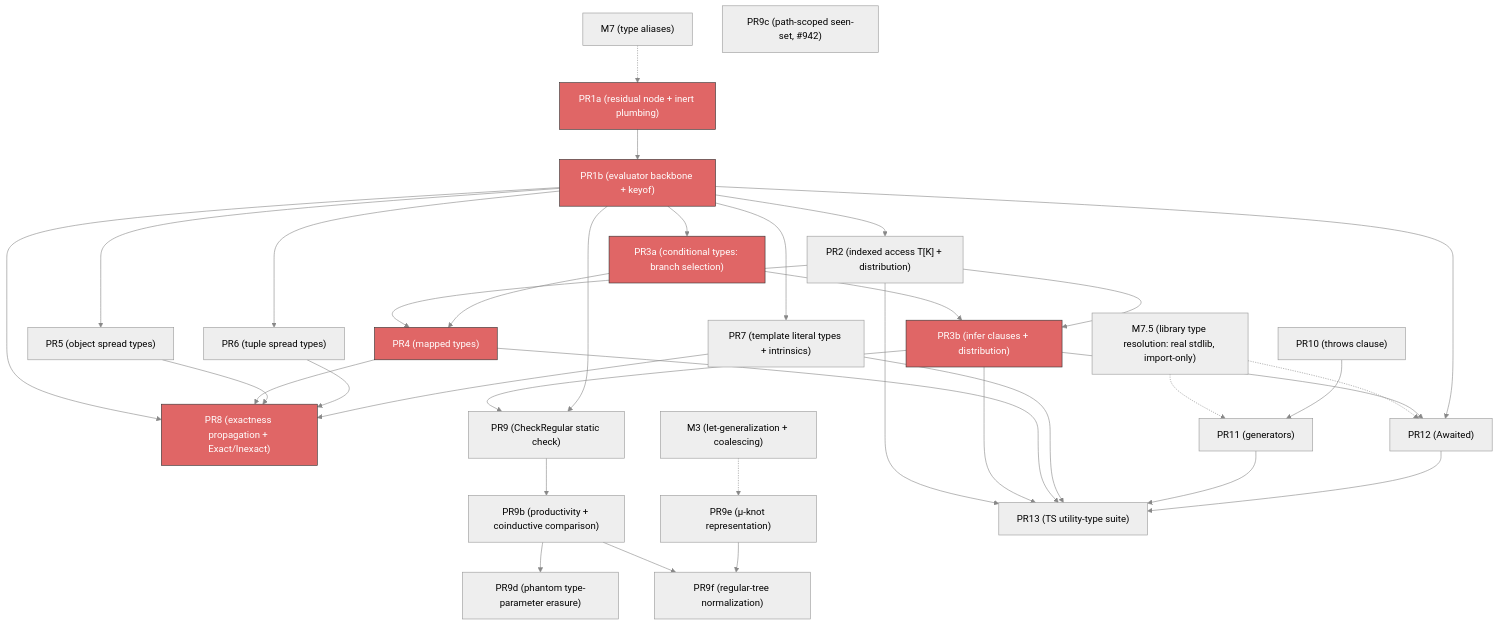
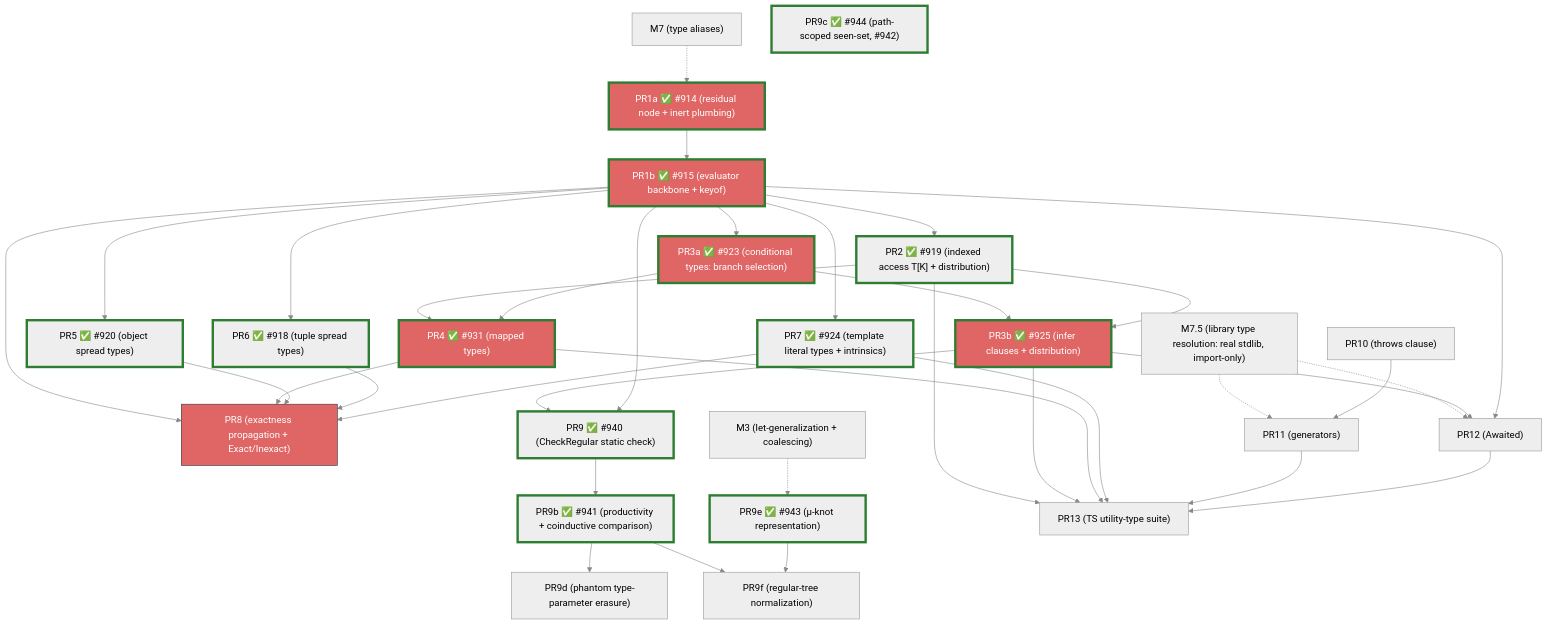
Before and after one commit to escalier-lang/escalier: the diagram in planning/simple_sub/m9-implementation-plan.md, drawn with Mermaid (neutral theme). The commit also changed other lines of this file, not shown here.

First line of the commit message:
Mark merged PRs in the M9 dependency graph

````diff
--- a/planning/simple_sub/m9-implementation-plan.md
+++ b/planning/simple_sub/m9-implementation-plan.md
@@ -852,70 +866,78 @@
 ```mermaid
 graph TD
     M7["M7 (type aliases)"]
     M75["M7.5 (library type resolution: real stdlib, import-only)"]
-    PR1a["PR1a (residual node + inert plumbing)"]
-    PR1b["PR1b (evaluator backbone + keyof)"]
-    PR2["PR2 (indexed access T[K] + distribution)"]
-    PR3a["PR3a (conditional types: branch selection)"]
-    PR3b["PR3b (infer clauses + distribution)"]
-    PR4["PR4 (mapped types)"]
-    PR5["PR5 (object spread types)"]
-    PR6["PR6 (tuple spread types)"]
-    PR7["PR7 (template literal types + intrinsics)"]
+    PR1a["PR1a ✅ #914 (residual node + inert plumbing)"]
+    PR1b["PR1b ✅ #915 (evaluator backbone + keyof)"]
+    PR2["PR2 ✅ #919 (indexed access T[K] + distribution)"]
+    PR3a["PR3a ✅ #923 (conditional types: branch selection)"]
+    PR3b["PR3b ✅ #925 (infer clauses + distribution)"]
+    PR4["PR4 ✅ #931 (mapped types)"]
+    PR5["PR5 ✅ #920 (object spread types)"]
+    PR6["PR6 ✅ #918 (tuple spread types)"]
+    PR7["PR7 ✅ #924 (template literal types + intrinsics)"]
     PR8["PR8 (exactness propagation + Exact/Inexact)"]
-    PR9["PR9 (CheckRegular static check)"]
-    PR9b["PR9b (productivity + coinductive comparison)"]
-    PR9c["PR9c (path-scoped seen-set, #942)"]
+    PR9["PR9 ✅ #940 (CheckRegular static check)"]
+    PR9b["PR9b ✅ #941 (productivity + coinductive comparison)"]
+    PR9c["PR9c ✅ #944 (path-scoped seen-set, #942)"]
     PR9d["PR9d (phantom type-parameter erasure)"]
-    PR9e["PR9e (μ-knot representation)"]
+    PR9e["PR9e ✅ #943 (μ-knot representation)"]
     PR9f["PR9f (regular-tree normalization)"]
     M3["M3 (let-generalization + coalescing)"]
     PR10["PR10 (throws clause)"]
     PR11["PR11 (generators)"]
     PR12["PR12 (Awaited<T>)"]
     PR13["PR13 (TS utility-type suite)"]
 
     M7 -.-> PR1a
     M75 -.-> PR11
     M75 -.-> PR12
     M3 -.-> PR9e
 
     PR1a --> PR1b
     PR1b --> PR2
     PR1b --> PR3a
     PR1b --> PR5
     PR1b --> PR6
     PR1b --> PR7
     PR1b --> PR8
     PR3a --> PR3b
     PR2 --> PR3b
     PR2 --> PR4
     PR2 --> PR13
     PR3a --> PR4
     PR3b --> PR9
     PR1b --> PR9
     PR9 --> PR9b
     PR9b --> PR9d
     PR9b --> PR9f
     PR9e --> PR9f
     PR3b --> PR12
     PR1b --> PR12
     PR3b --> PR13
     PR4 --> PR8
     PR4 --> PR13
     PR5 --> PR8
     PR6 --> PR8
     PR7 --> PR8
     PR7 --> PR13
     PR10 --> PR11
     PR11 --> PR13
     PR12 --> PR13
 
     linkStyle default stroke:#888
-    style PR1a fill:#e06666,stroke:#333,color:#fff
-    style PR1b fill:#e06666,stroke:#333,color:#fff
-    style PR3a fill:#e06666,stroke:#333,color:#fff
-    style PR3b fill:#e06666,stroke:#333,color:#fff
-    style PR4 fill:#e06666,stroke:#333,color:#fff
+    style PR1a fill:#e06666,stroke:#2e7d32,stroke-width:4px,color:#fff
+    style PR1b fill:#e06666,stroke:#2e7d32,stroke-width:4px,color:#fff
+    style PR3a fill:#e06666,stroke:#2e7d32,stroke-width:4px,color:#fff
+    style PR3b fill:#e06666,stroke:#2e7d32,stroke-width:4px,color:#fff
+    style PR4 fill:#e06666,stroke:#2e7d32,stroke-width:4px,color:#fff
     style PR8 fill:#e06666,stroke:#333,color:#fff
+    style PR2 stroke:#2e7d32,stroke-width:4px
+    style PR5 stroke:#2e7d32,stroke-width:4px
+    style PR6 stroke:#2e7d32,stroke-width:4px
+    style PR7 stroke:#2e7d32,stroke-width:4px
+    style PR9 stroke:#2e7d32,stroke-width:4px
+    style PR9b stroke:#2e7d32,stroke-width:4px
+    style PR9c stroke:#2e7d32,stroke-width:4px
+    style PR9e stroke:#2e7d32,stroke-width:4px
 ```
````
